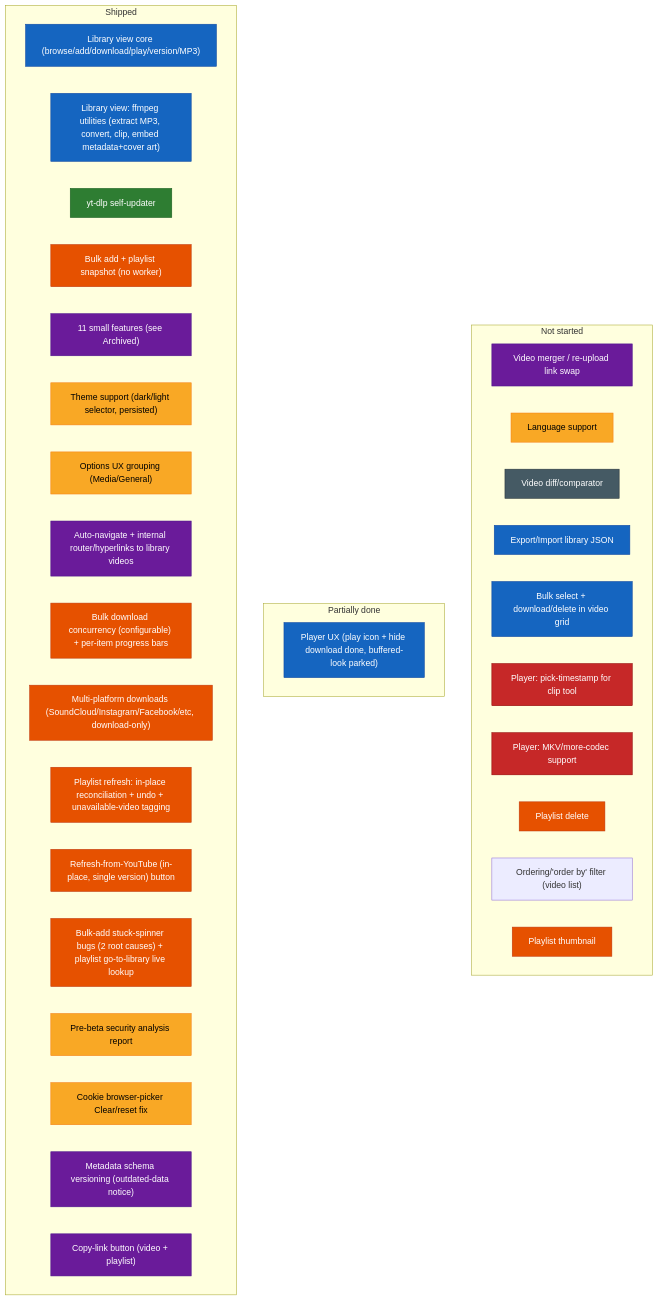
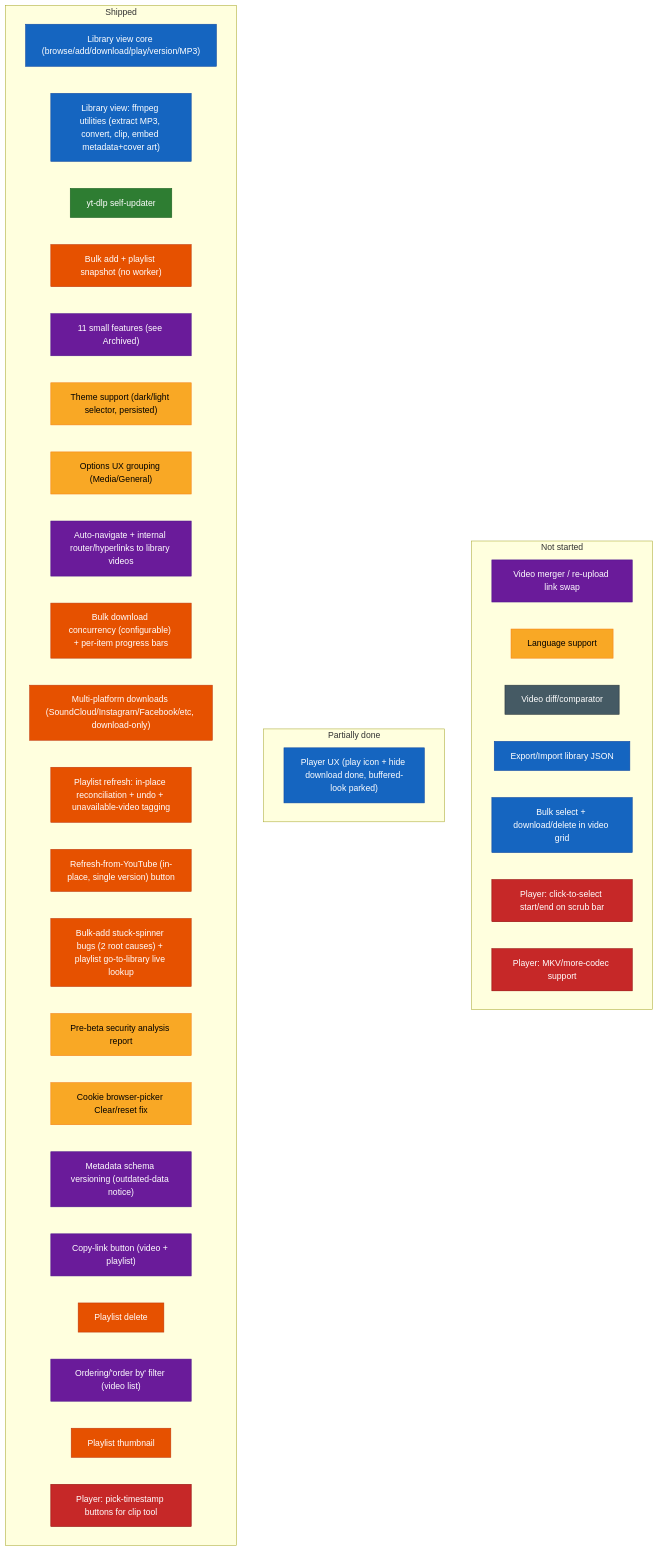
One commit to SlothSoftworks/Sloth-Archiver changed the diagram in futureSpecsFeedback.md. Above: the diagram before and after it, drawn with Mermaid. The commit also changed other lines of this file and 5 other files, not shown here.

````diff
--- a/futureSpecsFeedback.md
+++ b/futureSpecsFeedback.md
@@ -65,60 +71,61 @@
 ```mermaid
 flowchart LR
     classDef library fill:#1565c0,stroke:#0d47a1,color:#fff
     classDef updater fill:#2e7d32,stroke:#1b5e20,color:#fff
     classDef playlist fill:#e65100,stroke:#bf360c,color:#fff
     classDef smallfeat fill:#6a1b9a,stroke:#4a148c,color:#fff
     classDef qol fill:#f9a825,stroke:#f57f17,color:#000
     classDef longshot fill:#455a64,stroke:#263238,color:#fff
     classDef player fill:#c62828,stroke:#8e0000,color:#fff
 
     subgraph DONE["Shipped"]
         direction LR
         d1["Library view core (browse/add/download/play/version/MP3)"]
         d1b["Library view: ffmpeg utilities (extract MP3, convert, clip, embed metadata+cover art)"]
         d2["yt-dlp self-updater"]
         d3["Bulk add + playlist snapshot (no worker)"]
         d4["11 small features (see Archived)"]
         d5["Theme support (dark/light selector, persisted)"]
         d6["Options UX grouping (Media/General)"]
         d7["Auto-navigate + internal router/hyperlinks to library videos"]
         d8["Bulk download concurrency (configurable) + per-item progress bars"]
         d9["Multi-platform downloads (SoundCloud/Instagram/Facebook/etc, download-only)"]
         d10["Playlist refresh: in-place reconciliation + undo + unavailable-video tagging"]
         d11["Refresh-from-YouTube (in-place, single version) button"]
         d12["Bulk-add stuck-spinner bugs (2 root causes) + playlist go-to-library live lookup"]
         d13["Pre-beta security analysis report"]
         d14["Cookie browser-picker Clear/reset fix"]
         d15["Metadata schema versioning (outdated-data notice)"]
         d16["Copy-link button (video + playlist)"]
+        d17["Playlist delete"]
+        d18["Ordering/'order by' filter (video list)"]
+        d19["Playlist thumbnail"]
+        d20["Player: pick-timestamp buttons for clip tool"]
     end
 
     subgraph PARTIAL["Partially done"]
         direction LR
         p3["Player UX (play icon + hide download done, buffered-look parked)"]
     end
 
     subgraph TODO["Not started"]
         direction LR
         t1["Video merger / re-upload link swap"]
         t6["Language support"]
         t7["Video diff/comparator"]
         t9["Export/Import library JSON"]
         t10["Bulk select + download/delete in video grid"]
-        t11["Player: pick-timestamp for clip tool"]
+        t11["Player: click-to-select start/end on scrub bar"]
         t12["Player: MKV/more-codec support"]
-        t13["Playlist delete"]
-        t17["Ordering/'order by' filter (video list)"]
-        t18["Playlist thumbnail"]
     end
 
     DONE ~~~ PARTIAL ~~~ TODO
 
     class d1,d1b,p3,t9,t10 library
     class d2 updater
-    class d3,d8,d9,d10,d11,d12,t13,t18 playlist
-    class d4,d7,d15,d16,t1 smallfeat
+    class d3,d8,d9,d10,d11,d12,d17,d19 playlist
+    class d4,d7,d15,d16,d18,t1 smallfeat
     class d5,d6,d13,d14,t6 qol
     class t7 longshot
-    class t11,t12 player
+    class d20,t11,t12 player
 ```
````
